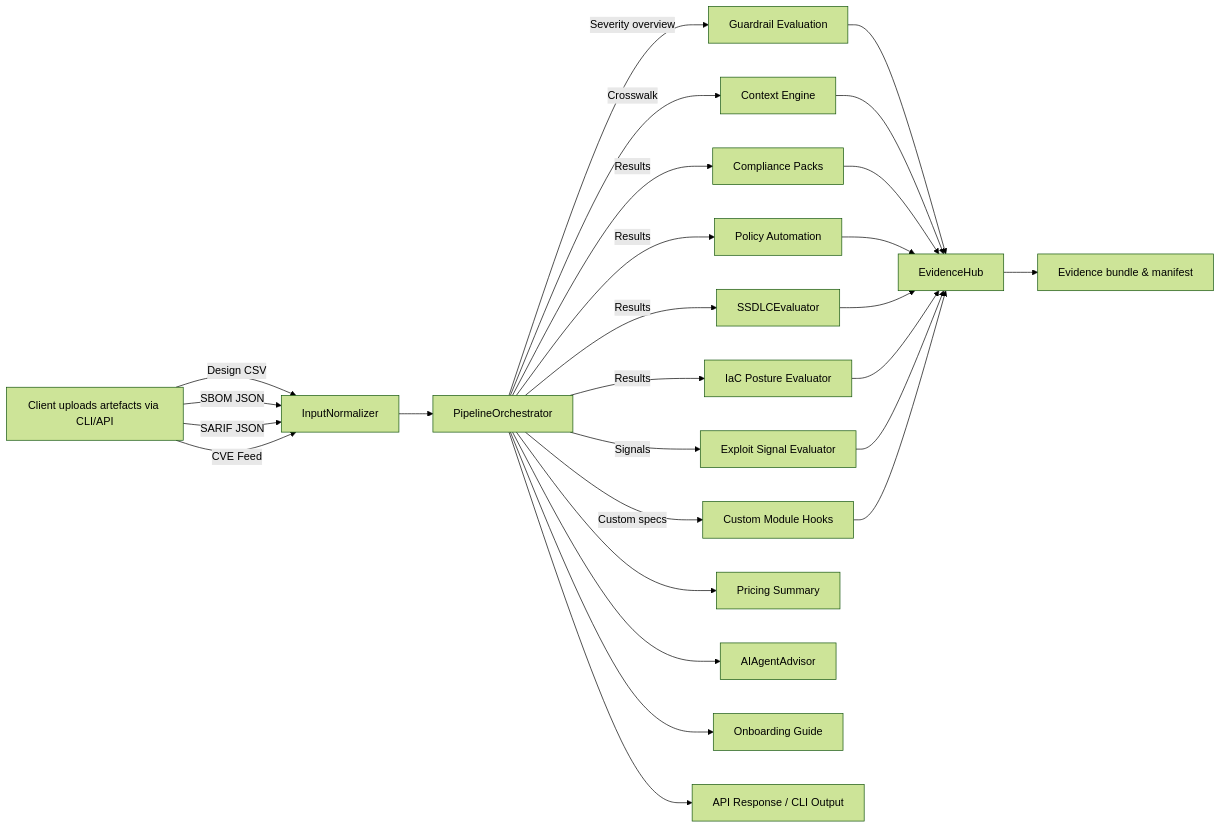
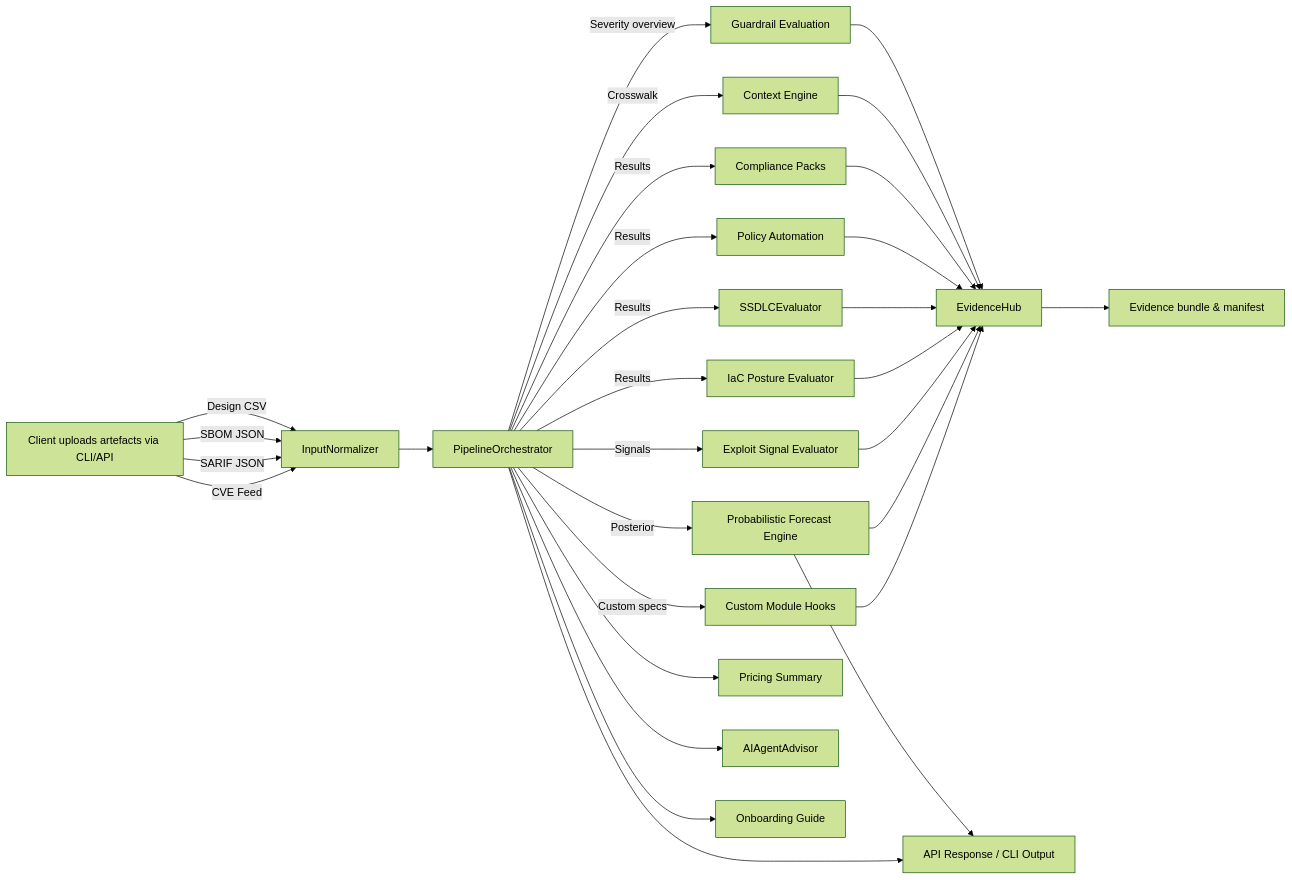
The diagram in docs/PLATFORM_RUNBOOK.md (DevOpsMadDog/Fixops), drawn with Mermaid (forest theme) before and after one commit. The commit also changed other lines of this file and 18 other files, not shown here.

````diff
--- a/docs/PLATFORM_RUNBOOK.md
+++ b/docs/PLATFORM_RUNBOOK.md
@@ -23,29 +24,32 @@
 ```mermaid
 flowchart LR
     A[Client uploads artefacts via CLI/API] -->|Design CSV| B[InputNormalizer]
     A -->|SBOM JSON| B
     A -->|SARIF JSON| B
     A -->|CVE Feed| B
     B --> C[PipelineOrchestrator]
     C -->|Severity overview| D[Guardrail Evaluation]
     C -->|Crosswalk| E[Context Engine]
     C -->|Results| F[Compliance Packs]
     C -->|Results| G[Policy Automation]
     C -->|Results| H[SSDLCEvaluator]
     C -->|Results| P[IaC Posture Evaluator]
     C -->|Signals| O[Exploit Signal Evaluator]
+    C -->|Posterior| R[Probabilistic Forecast Engine]
     C -->|Custom specs| Q[Custom Module Hooks]
     D --> I[EvidenceHub]
     E --> I
     F --> I
     G --> I
     H --> I
     P --> I
     O --> I
+    R --> I
+    R --> N
     Q --> I
     I --> J[Evidence bundle & manifest]
     C --> K[Pricing Summary]
     C --> L[AIAgentAdvisor]
     C --> M[Onboarding Guide]
     C --> N[API Response / CLI Output]
 ```
````
